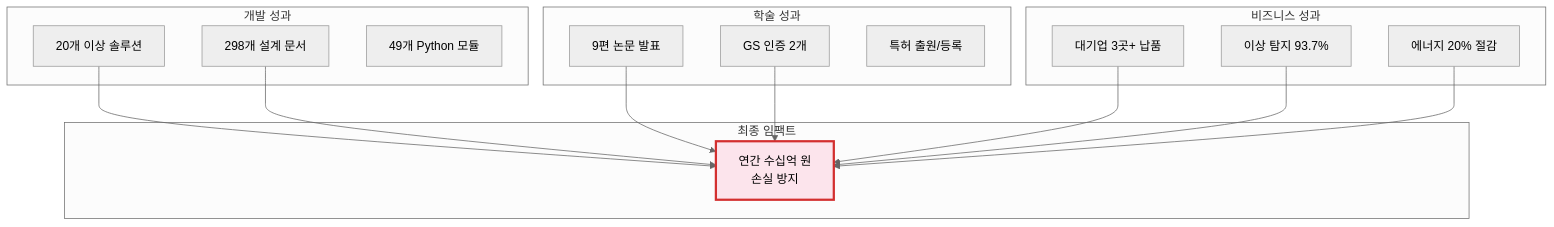
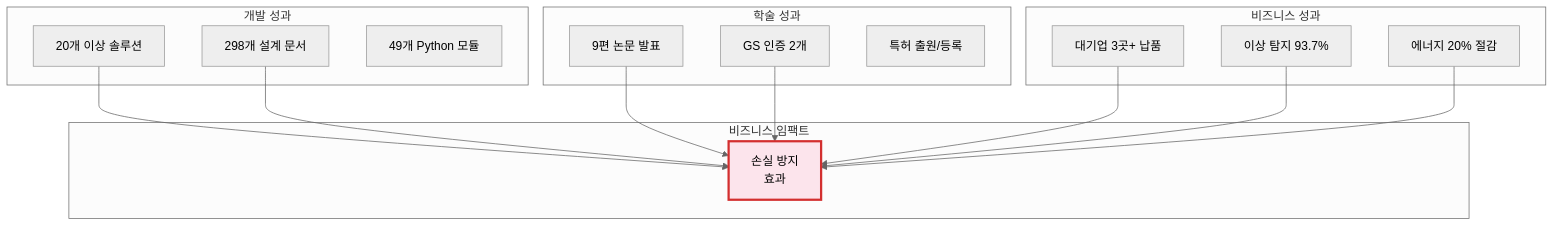
One commit to moobaek/Testing_AI_agents_for_public_use changed the first of 6 diagrams in portfolio/portfolio_docs/Executive_Summary/01_Key_Achievements.md. Above: the diagram before and after it, drawn with Mermaid (neutral theme). The commit also changed other lines of this file and 8 other files, not shown here.

````diff
--- a/portfolio/portfolio_docs/Executive_Summary/01_Key_Achievements.md
+++ b/portfolio/portfolio_docs/Executive_Summary/01_Key_Achievements.md
@@ -14,34 +14,34 @@
 ```mermaid
 graph TB
     subgraph "개발 성과"
         A1["20개 이상 솔루션"]
         A2["298개 설계 문서"]
         A3["49개 Python 모듈"]
     end
 
     subgraph "학술 성과"
         B1["9편 논문 발표"]
         B2["GS 인증 2개"]
         B3["특허 출원/등록"]
     end
     
     subgraph "비즈니스 성과"
         C1["대기업 3곳+ 납품"]
         C2["이상 탐지 93.7%"]
         C3["에너지 20% 절감"]
     end
     
-    subgraph "최종 임팩트"
-        D["연간 수십억 원<br/>손실 방지"]
+    subgraph "비즈니스 임팩트"
+        D["손실 방지<br/>효과"]
     end
     
     A1 --> D
     A2 --> D
     B1 --> D
     B2 --> D
     C1 --> D
     C2 --> D
     C3 --> D
     
     style D fill:#fce4ec,stroke:#d32f2f,stroke-width:3px
 ```
````
